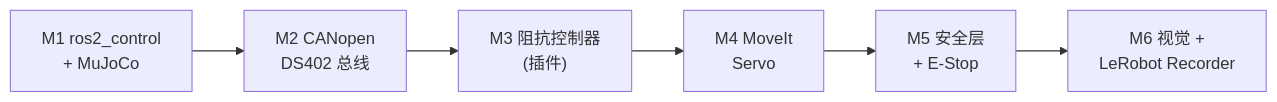
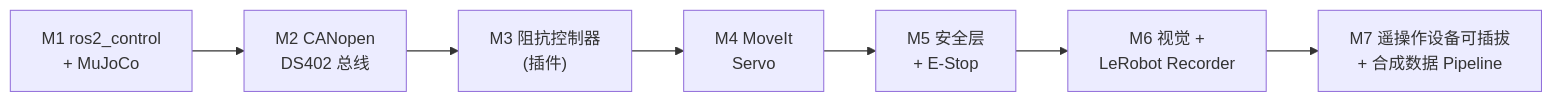
The diagram in docs/ROADMAP.md (inayina/ros2-arm-teleoperation-suite), drawn with Mermaid before and after one commit. The commit also changed other lines of this file and 35 other files, not shown here.

````diff
--- a/docs/ROADMAP.md
+++ b/docs/ROADMAP.md
@@ -40,8 +42,9 @@
 ```mermaid
 flowchart LR
     M1["M1 ros2_control<br/>+ MuJoCo"] --> M2["M2 CANopen<br/>DS402 总线"]
     M2 --> M3["M3 阻抗控制器<br/>(插件)"]
     M3 --> M4["M4 MoveIt<br/>Servo"]
     M4 --> M5["M5 安全层<br/>+ E-Stop"]
     M5 --> M6["M6 视觉 +<br/>LeRobot Recorder"]
+    M6 --> M7["M7 遥操作设备可插拔<br/>+ 合成数据 Pipeline"]
 ```
````
